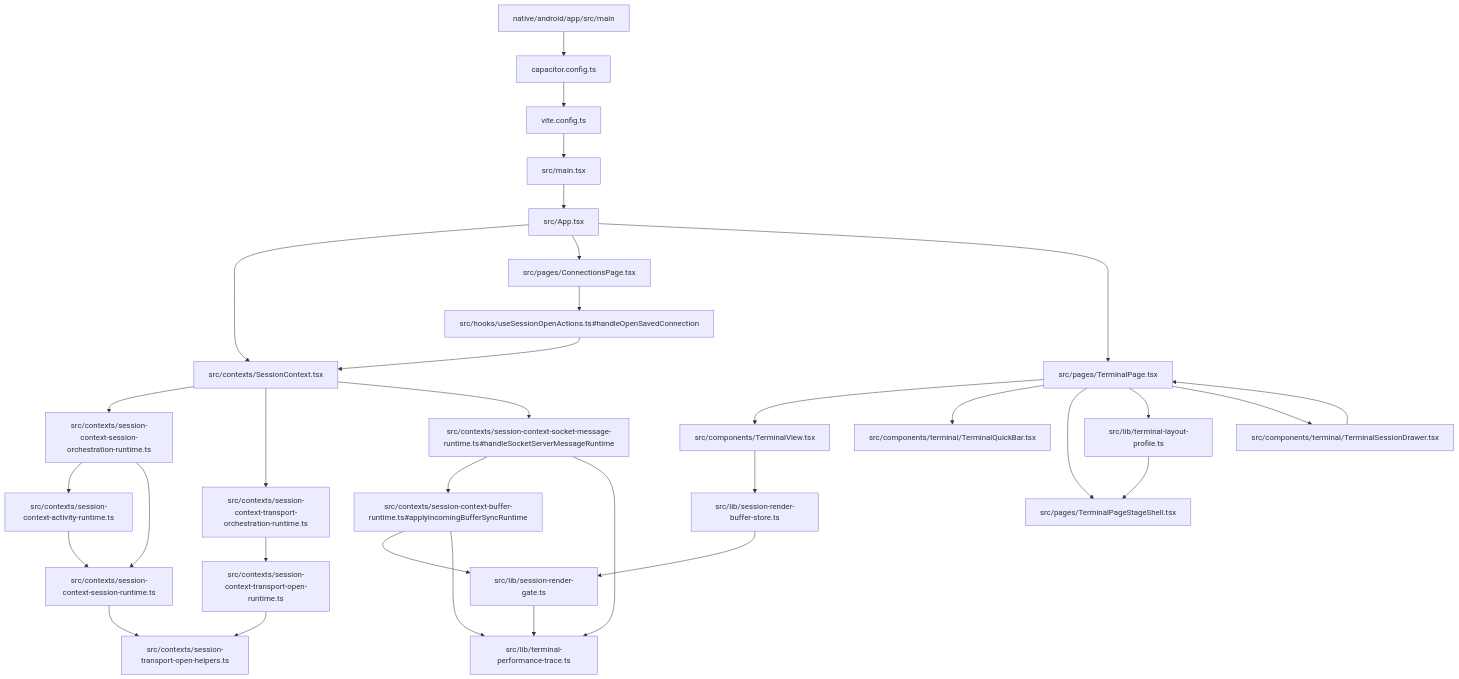
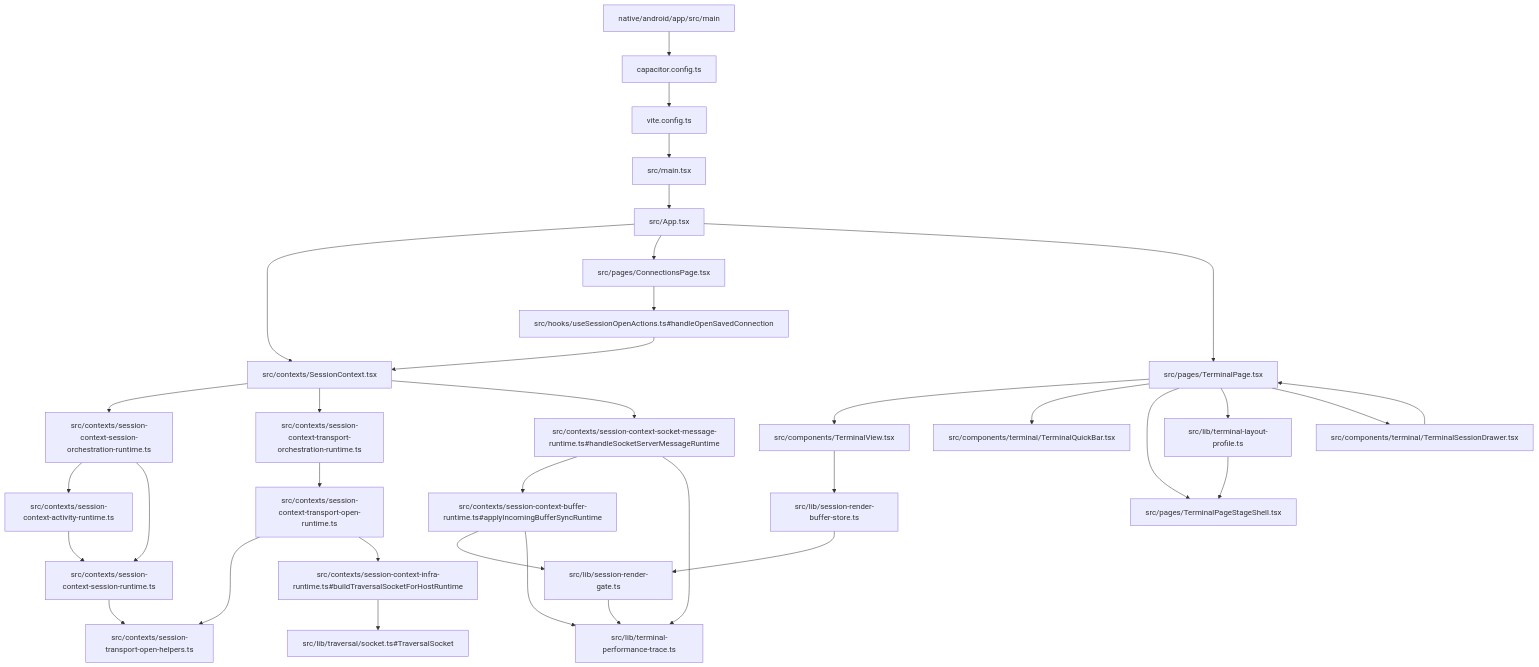
Before and after one commit to Jasonzhangf/zterm: the first of 5 diagrams in android/docs/wiki/mainline-source.md, drawn with Mermaid. The commit also changed other lines of this file and 36 other files, not shown here.

First line of the commit message:
fix: refine relay transport flow

````diff
--- a/android/docs/wiki/mainline-source.md
+++ b/android/docs/wiki/mainline-source.md
@@ -7,35 +7,37 @@
 ```mermaid
 flowchart TD
   Native["native/android/app/src/main"] --> Capacitor["capacitor.config.ts"]
   Capacitor --> Vite["vite.config.ts"]
   Vite --> Main["src/main.tsx"]
   Main --> App["src/App.tsx"]
   App --> SessionContext["src/contexts/SessionContext.tsx"]
   SessionContext --> SessionLifecycle["src/contexts/session-context-session-orchestration-runtime.ts"]
   SessionLifecycle --> ActivityFreshness["src/contexts/session-context-activity-runtime.ts"]
   ActivityFreshness --> SessionRuntime["src/contexts/session-context-session-runtime.ts"]
   SessionLifecycle --> SessionRuntime
   SessionRuntime --> TransportReusePlan["src/contexts/session-transport-open-helpers.ts"]
   SessionContext --> TransportOrchestration["src/contexts/session-context-transport-orchestration-runtime.ts"]
   TransportOrchestration --> TransportOpen["src/contexts/session-context-transport-open-runtime.ts"]
   TransportOpen --> TransportReusePlan
+  TransportOpen --> TraversalSocketFactory["src/contexts/session-context-infra-runtime.ts#buildTraversalSocketForHostRuntime"]
+  TraversalSocketFactory --> TraversalSocket["src/lib/traversal/socket.ts#TraversalSocket"]
   SessionContext --> SocketMessage["src/contexts/session-context-socket-message-runtime.ts#handleSocketServerMessageRuntime"]
   SocketMessage --> BufferApply["src/contexts/session-context-buffer-runtime.ts#applyIncomingBufferSyncRuntime"]
   BufferApply --> RenderGate["src/lib/session-render-gate.ts#scheduleCommit"]
   SocketMessage --> PerformanceTrace["src/lib/terminal-performance-trace.ts"]
   BufferApply --> PerformanceTrace
   RenderGate --> PerformanceTrace
   App --> Connections["src/pages/ConnectionsPage.tsx"]
   Connections --> SessionOpenOwner["src/hooks/useSessionOpenActions.ts#handleOpenSavedConnection"]
   SessionOpenOwner --> SessionContext
   App --> TerminalPage["src/pages/TerminalPage.tsx"]
   TerminalPage --> TerminalView["src/components/TerminalView.tsx"]
   TerminalPage --> QuickBar["src/components/terminal/TerminalQuickBar.tsx"]
   TerminalPage --> StageShell["src/pages/TerminalPageStageShell.tsx"]
   TerminalPage --> LayoutProfile["src/lib/terminal-layout-profile.ts"]
   LayoutProfile --> StageShell
   TerminalPage --> SessionDrawer["src/components/terminal/TerminalSessionDrawer.tsx"]
   SessionDrawer --> TerminalPage
   TerminalView --> Renderer["src/lib/session-render-buffer-store.ts"]
   Renderer --> RenderGate["src/lib/session-render-gate.ts"]
 ```
````
